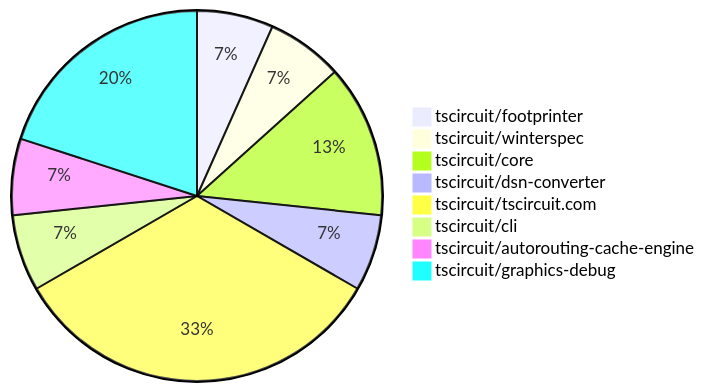
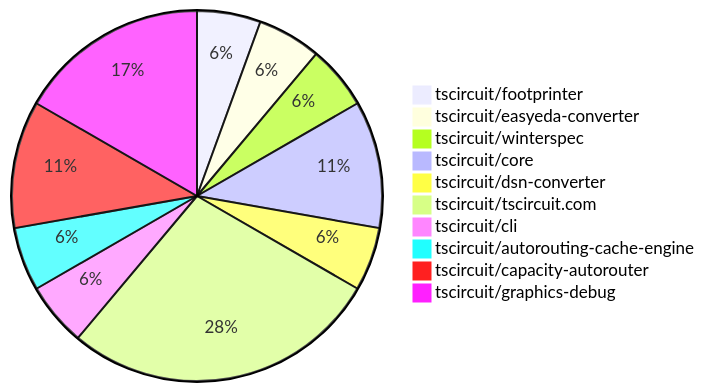
The diagram in README.md (tscircuit/contribution-tracker), drawn with Mermaid before and after one commit. The commit also changed other lines of this file and 2 other files, not shown here.

````diff
--- a/README.md
+++ b/README.md
@@ -24,11 +24,13 @@
 ```mermaid
 pie
     "tscircuit/footprinter" : 1
+    "tscircuit/easyeda-converter" : 1
     "tscircuit/winterspec" : 1
     "tscircuit/core" : 2
     "tscircuit/dsn-converter" : 1
     "tscircuit/tscircuit.com" : 5
     "tscircuit/cli" : 1
     "tscircuit/autorouting-cache-engine" : 1
+    "tscircuit/capacity-autorouter" : 2
     "tscircuit/graphics-debug" : 3
 ```
````
